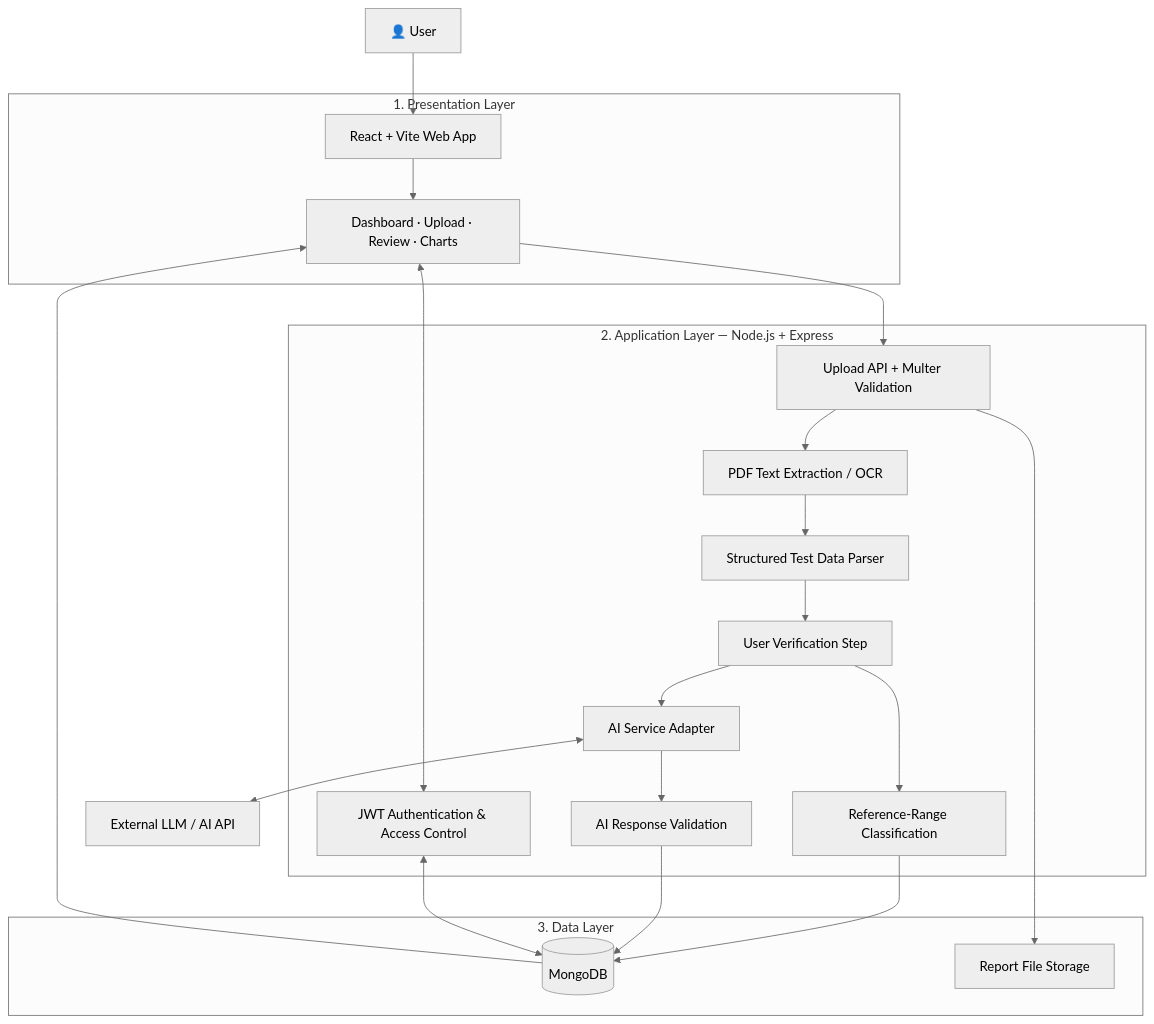
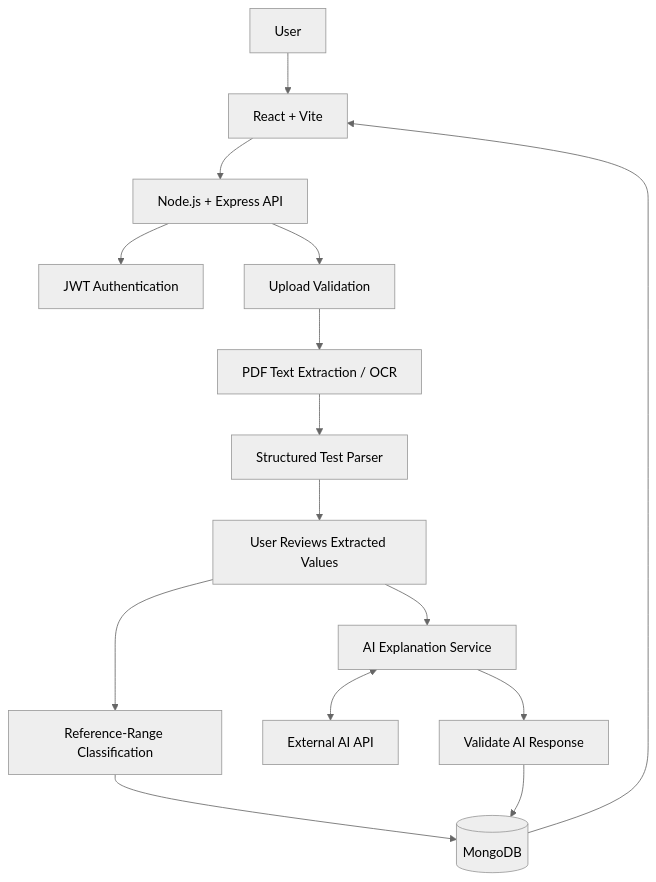
Before and after one commit to adityamishra58557-eng/AI-Health-Report-Translator: the first of 2 diagrams in README.md, drawn with Mermaid (neutral theme). The commit also changed other lines of this file, not shown here.

````diff
--- a/README.md
+++ b/README.md
@@ -208,43 +50,17 @@
-``` mermaid
-flowchart TB
-    U["👤 User"]
-    subgraph PRESENTATION["1. Presentation Layer"]
-        UI["React + Vite Web App"]
-        DASH["Dashboard · Upload · Review · Charts"]
-    end
-
-    subgraph APPLICATION["2. Application Layer — Node.js + Express"]
-        AUTH["JWT Authentication & Access Control"]
-        UPLOAD["Upload API + Multer Validation"]
-        EXTRACT["PDF Text Extraction / OCR"]
-        PARSE["Structured Test Data Parser"]
-        VERIFY["User Verification Step"]
-        RULES["Reference-Range Classification"]
-        AI["AI Service Adapter"]
-        VALIDATE["AI Response Validation"]
-    end
-
-    subgraph DATA["3. Data Layer"]
-        DB[("MongoDB")]
-        FILES["Report File Storage"]
-    end
-
-    LLM["External LLM / AI API"]
-
-    U --> UI
-    UI --> DASH
-    DASH <--> AUTH
-    DASH --> UPLOAD
-    UPLOAD --> FILES
-    UPLOAD --> EXTRACT
-    EXTRACT --> PARSE
-    PARSE --> VERIFY
-    VERIFY --> RULES
-    VERIFY --> AI
-    AI <--> LLM
-    AI --> VALIDATE
-    RULES --> DB
+```mermaid
+flowchart TD
+    U[User] --> FE[React + Vite]
+    FE --> API[Node.js + Express API]
+    API --> AUTH[JWT Authentication]
+    API --> UP[Upload Validation]
+    UP --> EXT[PDF Text Extraction / OCR]
+    EXT --> PARSE[Structured Test Parser]
+    PARSE --> REVIEW[User Reviews Extracted Values]
+    REVIEW --> RULES[Reference-Range Classification]
+    REVIEW --> AI[AI Explanation Service]
+    AI <--> LLM[External AI API]
+    AI --> VALIDATE[Validate AI Response]
+    RULES --> DB[(MongoDB)]
     VALIDATE --> DB
-    AUTH <--> DB
-    DB --> DASH
+    DB --> FE
 ```
````
